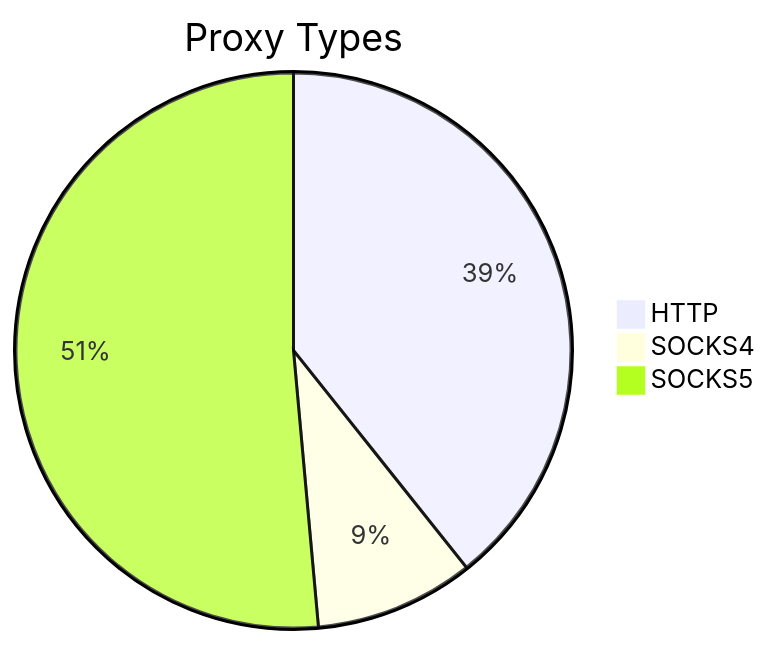
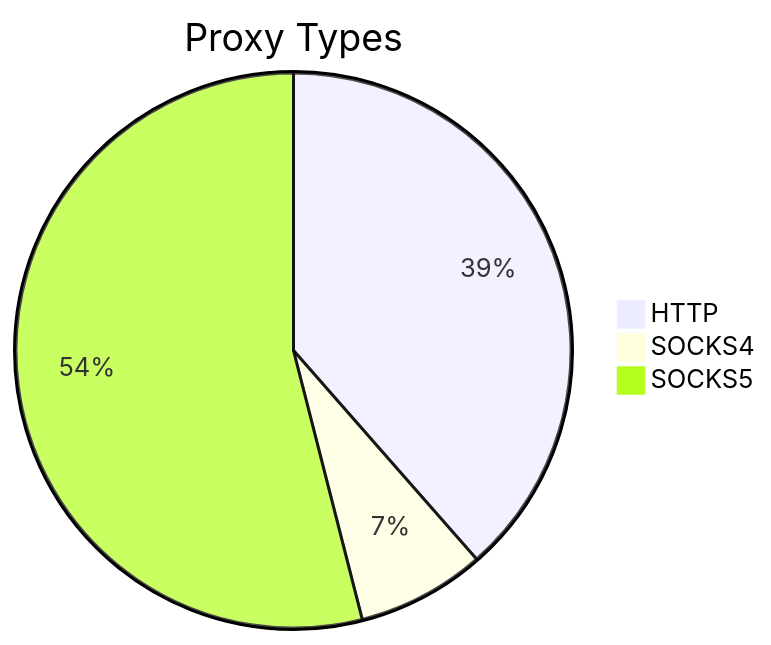
The first of 2 diagrams in README.md (stormsia/proxy-list), drawn with Mermaid before and after one commit. The commit also changed other lines of this file, not shown here.

````diff
--- a/README.md
+++ b/README.md
@@ -21,6 +21,6 @@
 ```mermaid
 pie title Proxy Types
-    "HTTP" : 288
-    "SOCKS4" : 68
-    "SOCKS5" : 377
+    "HTTP" : 237
+    "SOCKS4" : 46
+    "SOCKS5" : 332
 ```
````
